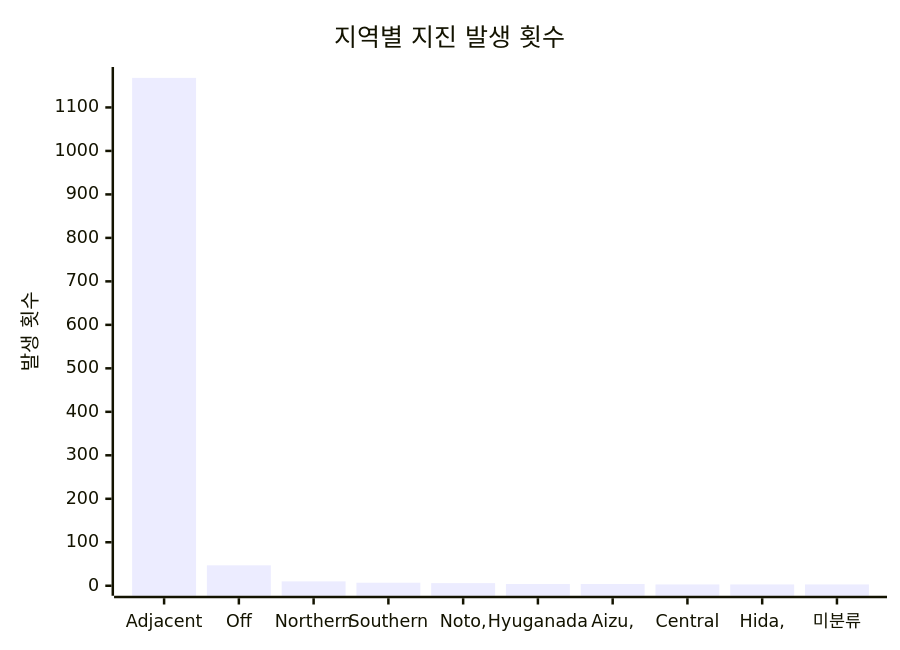
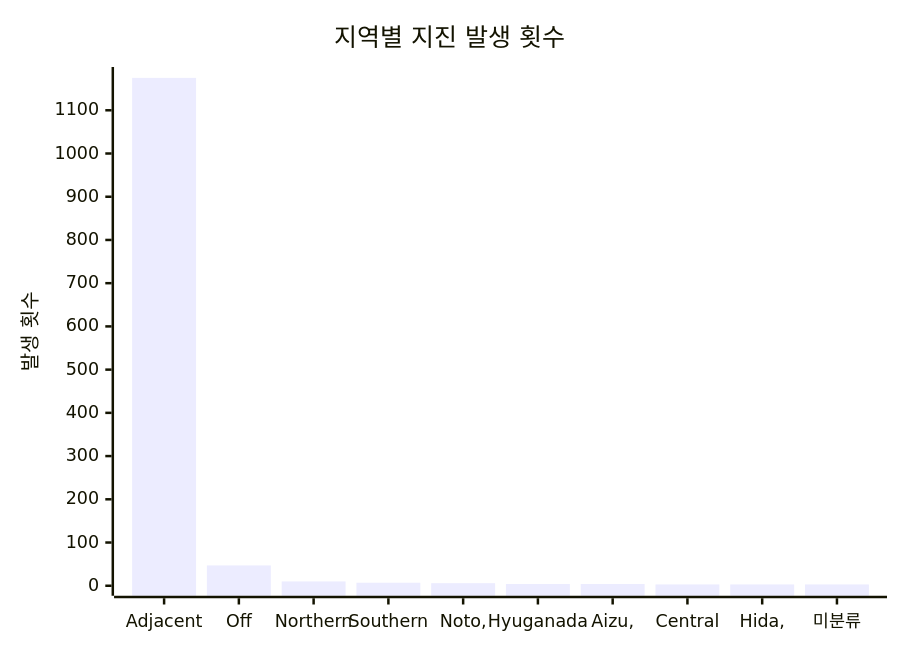
The diagram in charts/region-chart.md (serendip811/japan-eq), drawn with Mermaid before and after one commit. The commit also changed other lines of this file and 5 other files, not shown here.

Commit message:
Update earthquake data and charts Fri Jul  4 22:04:00 UTC 2025

````diff
--- a/charts/region-chart.md
+++ b/charts/region-chart.md
@@ -3,7 +3,7 @@
 ```mermaid
 xychart-beta
     title "지역별 지진 발생 횟수"
     x-axis ["Adjacent", "Off", "Northern", "Southern", "Noto,", "Hyuganada", "Aizu,", "Central", "Hida,", "미분류"]
-    y-axis "발생 횟수" 0 --> 1170
-    bar [1168, 47, 10, 7, 6, 4, 4, 3, 3, 3]
+    y-axis "발생 횟수" 0 --> 1177
+    bar [1175, 47, 10, 7, 6, 4, 4, 3, 3, 3]
 ```
````
